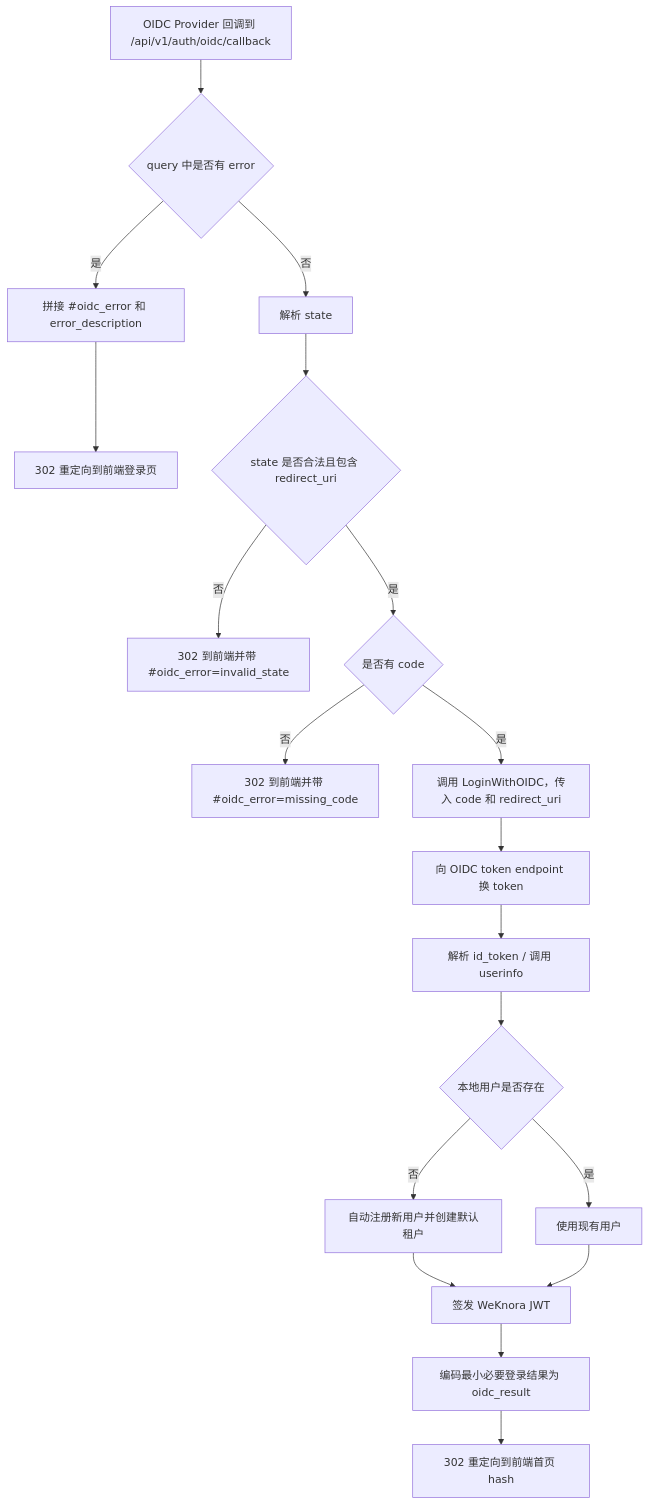
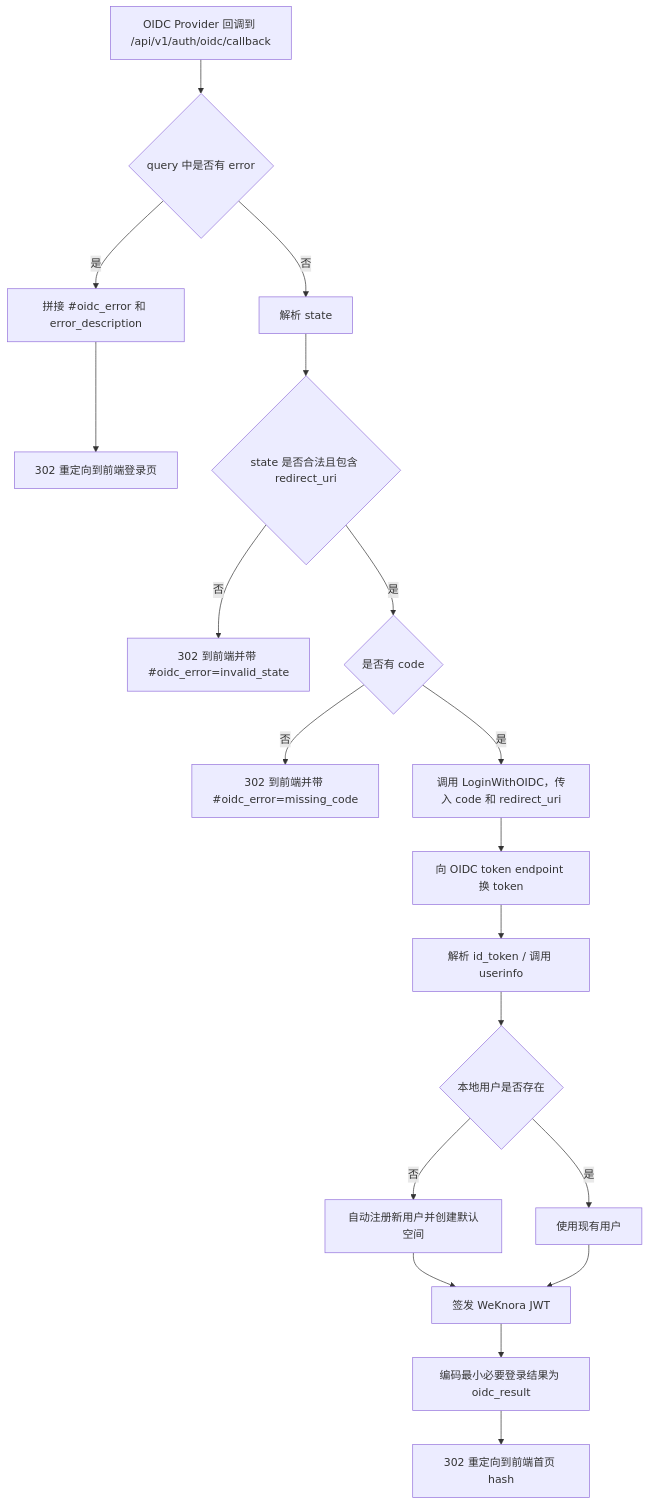
The second of 2 diagrams in docs/OIDC认证调用流程.md (michadel/WeKnora), drawn with Mermaid before and after one commit. The commit also changed other lines of this file and 160 other files, not shown here.

````diff
--- a/docs/OIDC认证调用流程.md
+++ b/docs/OIDC认证调用流程.md
@@ -104,24 +104,24 @@
 ```mermaid
 flowchart TD
     A[OIDC Provider 回调到 /api/v1/auth/oidc/callback] --> B{query 中是否有 error}
     B -- 是 --> C[拼接 #oidc_error 和 error_description]
     C --> D[302 重定向到前端登录页]
 
     B -- 否 --> E[解析 state]
     E --> F{state 是否合法且包含 redirect_uri}
     F -- 否 --> G[302 到前端并带 #oidc_error=invalid_state]
 
     F -- 是 --> H{是否有 code}
     H -- 否 --> I[302 到前端并带 #oidc_error=missing_code]
 
     H -- 是 --> J[调用 LoginWithOIDC，传入 code 和 redirect_uri]
     J --> K[向 OIDC token endpoint 换 token]
     K --> L[解析 id_token / 调用 userinfo]
     L --> M{本地用户是否存在}
-    M -- 否 --> N[自动注册新用户并创建默认租户]
+    M -- 否 --> N[自动注册新用户并创建默认空间]
     M -- 是 --> O[使用现有用户]
     N --> P[签发 WeKnora JWT]
     O --> P
     P --> Q[编码最小必要登录结果为 oidc_result]
     Q --> R[302 重定向到前端首页 hash]
 ```
````
